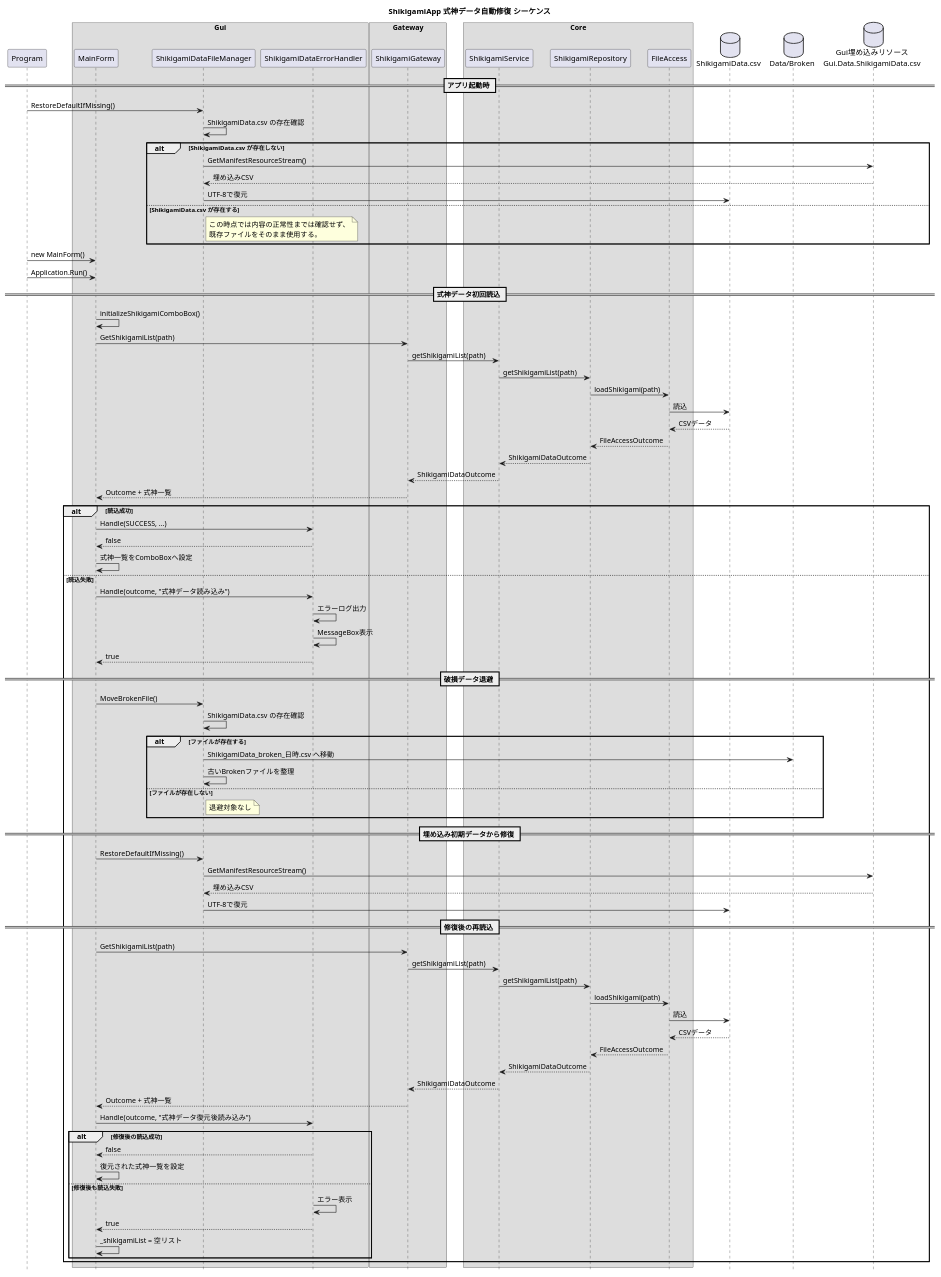
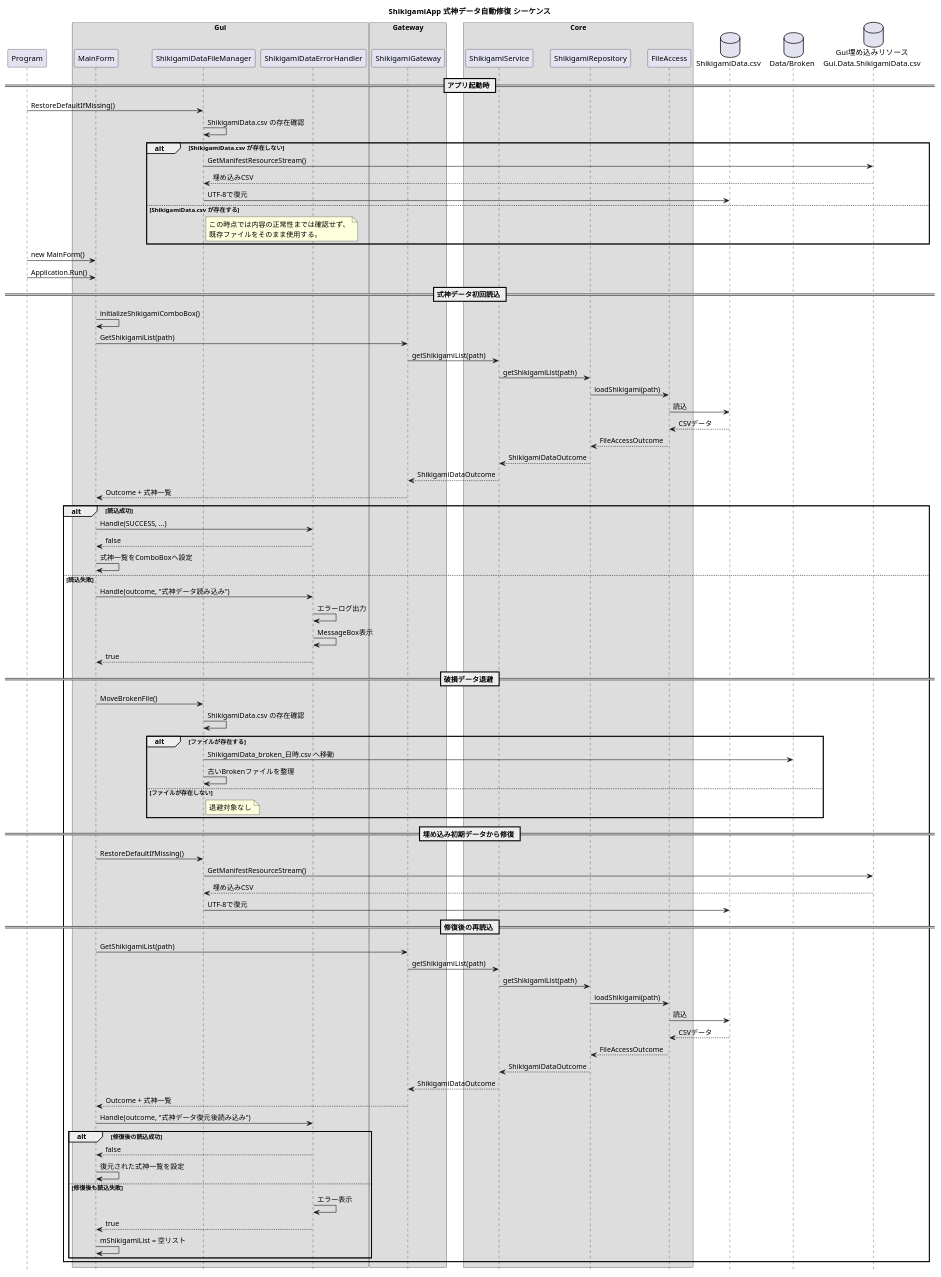
The diagram in Document/ShikigamiApp/Diagram/ShikigamiData/shikigami_auto_repair_sequence.wsd (Staraptor0398/ShikigamiStatusCalculator), drawn with PlantUML before and after one commit. The commit also changed 7 other files, not shown here.

Commit message:
Update ShikigamiApp diagrams to reflect calculation result life cycle

```diff
--- a/Document/ShikigamiApp/Diagram/ShikigamiData/shikigami_auto_repair_sequence.wsd
+++ b/Document/ShikigamiApp/Diagram/ShikigamiData/shikigami_auto_repair_sequence.wsd
@@ -1,117 +1,117 @@
 @startuml
 title ShikigamiApp 式神データ自動修復 シーケンス
 
 hide footbox
 
 participant Program
 
 box "Gui"
    participant MainForm
    participant ShikigamiDataFileManager
    participant ShikigamiDataErrorHandler
 end box
 
 box "Gateway"
    participant ShikigamiGateway
 end box
 
 box "Core"
    participant ShikigamiService
    participant ShikigamiRepository
    participant FileAccess
 end box
 
 database "ShikigamiData.csv" as ShikigamiData
 database "Data/Broken" as Broken
 database "Gui埋め込みリソース\nGui.Data.ShikigamiData.csv" as EmbeddedData
 
 
 == アプリ起動時 ==
 Program -> ShikigamiDataFileManager : RestoreDefaultIfMissing()
 ShikigamiDataFileManager -> ShikigamiDataFileManager : ShikigamiData.csv の存在確認
 
 alt ShikigamiData.csv が存在しない
    ShikigamiDataFileManager -> EmbeddedData : GetManifestResourceStream()
    EmbeddedData --> ShikigamiDataFileManager : 埋め込みCSV
    ShikigamiDataFileManager -> ShikigamiData : UTF-8で復元
 else ShikigamiData.csv が存在する
    note right of ShikigamiDataFileManager
        この時点では内容の正常性までは確認せず、
        既存ファイルをそのまま使用する。
    end note
 end
 
 Program -> MainForm : new MainForm()
 Program -> MainForm : Application.Run()
 
 == 式神データ初回読込 ==
 MainForm -> MainForm : initializeShikigamiComboBox()
 MainForm -> ShikigamiGateway : GetShikigamiList(path)
 ShikigamiGateway -> ShikigamiService : getShikigamiList(path)
 ShikigamiService -> ShikigamiRepository : getShikigamiList(path)
 ShikigamiRepository -> FileAccess : loadShikigami(path)
 FileAccess -> ShikigamiData : 読込
 ShikigamiData --> FileAccess : CSVデータ
 
 FileAccess --> ShikigamiRepository : FileAccessOutcome
 ShikigamiRepository --> ShikigamiService : ShikigamiDataOutcome
 ShikigamiService --> ShikigamiGateway : ShikigamiDataOutcome
 ShikigamiGateway --> MainForm : Outcome + 式神一覧
 
 alt 読込成功
    MainForm -> ShikigamiDataErrorHandler : Handle(SUCCESS, ...)
    ShikigamiDataErrorHandler --> MainForm : false
    MainForm -> MainForm : 式神一覧をComboBoxへ設定
 else 読込失敗
    MainForm -> ShikigamiDataErrorHandler : Handle(outcome, "式神データ読み込み")
    ShikigamiDataErrorHandler -> ShikigamiDataErrorHandler : エラーログ出力
    ShikigamiDataErrorHandler -> ShikigamiDataErrorHandler : MessageBox表示
    ShikigamiDataErrorHandler --> MainForm : true
 
    == 破損データ退避 ==
    MainForm -> ShikigamiDataFileManager : MoveBrokenFile()
    ShikigamiDataFileManager -> ShikigamiDataFileManager : ShikigamiData.csv の存在確認
 
    alt ファイルが存在する
        ShikigamiDataFileManager -> Broken : ShikigamiData_broken_日時.csv へ移動
        ShikigamiDataFileManager -> ShikigamiDataFileManager : 古いBrokenファイルを整理
    else ファイルが存在しない
        note right of ShikigamiDataFileManager
            退避対象なし
        end note
    end
 
    == 埋め込み初期データから修復 ==
    MainForm -> ShikigamiDataFileManager : RestoreDefaultIfMissing()
    ShikigamiDataFileManager -> EmbeddedData : GetManifestResourceStream()
    EmbeddedData --> ShikigamiDataFileManager : 埋め込みCSV
    ShikigamiDataFileManager -> ShikigamiData : UTF-8で復元
 
    == 修復後の再読込 ==
    MainForm -> ShikigamiGateway : GetShikigamiList(path)
 
    ShikigamiGateway -> ShikigamiService : getShikigamiList(path)
    ShikigamiService -> ShikigamiRepository : getShikigamiList(path)
    ShikigamiRepository -> FileAccess : loadShikigami(path)
 
    FileAccess -> ShikigamiData : 読込
    ShikigamiData --> FileAccess : CSVデータ
 
    FileAccess --> ShikigamiRepository : FileAccessOutcome
    ShikigamiRepository --> ShikigamiService : ShikigamiDataOutcome
    ShikigamiService --> ShikigamiGateway : ShikigamiDataOutcome
    ShikigamiGateway --> MainForm : Outcome + 式神一覧
 
    MainForm -> ShikigamiDataErrorHandler : Handle(outcome, "式神データ復元後読み込み")
 
    alt 修復後の読込成功
        ShikigamiDataErrorHandler --> MainForm : false
        MainForm -> MainForm : 復元された式神一覧を設定
    else 修復後も読込失敗
        ShikigamiDataErrorHandler -> ShikigamiDataErrorHandler : エラー表示
        ShikigamiDataErrorHandler --> MainForm : true
-       MainForm -> MainForm : _shikigamiList = 空リスト
+       MainForm -> MainForm : mShikigamiList = 空リスト
    end
 end
 
 @enduml
```
